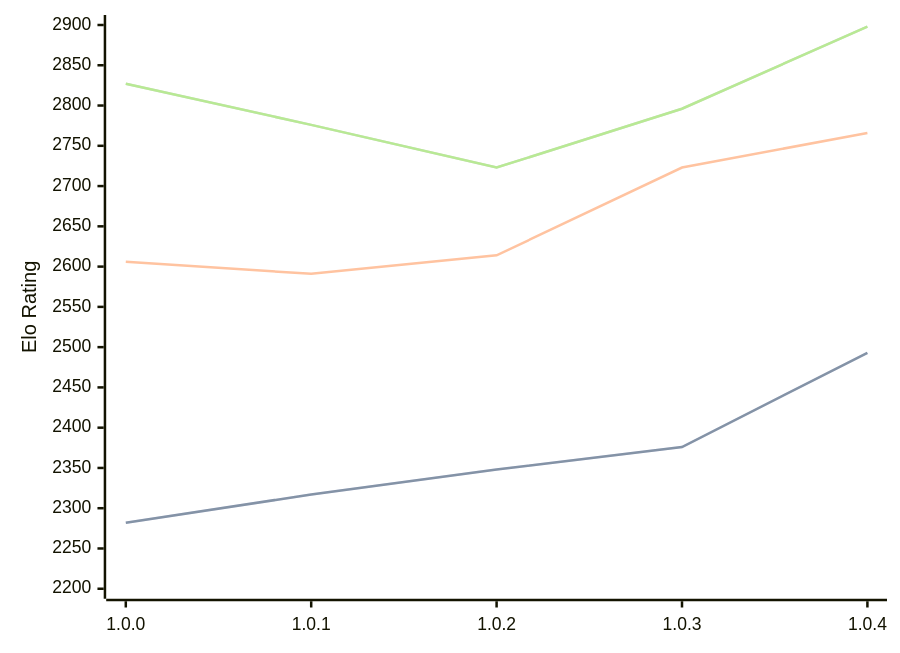
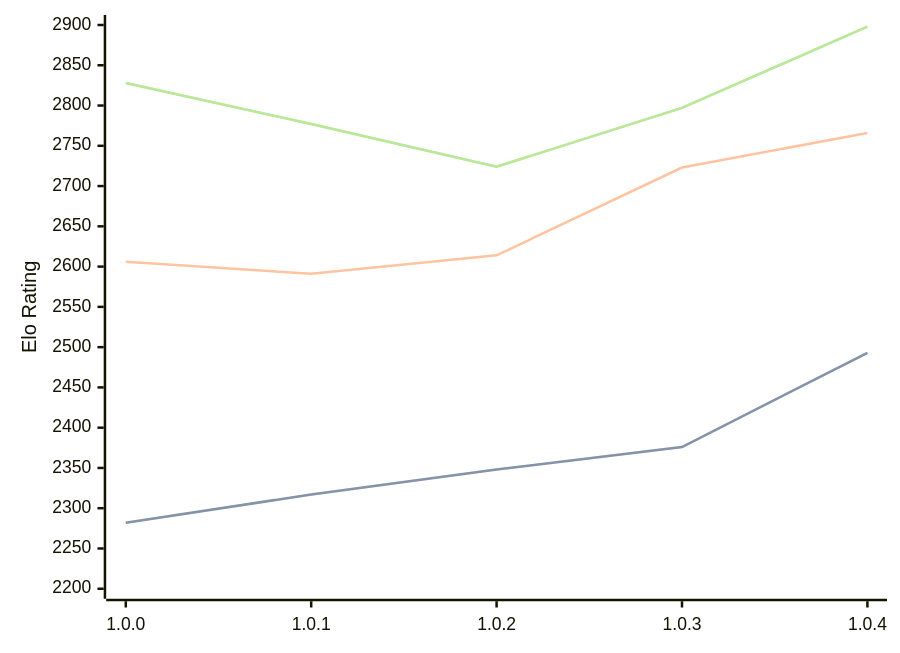
The diagram in engines/Grail.md (computer-chess-index/cci), drawn with Mermaid before and after one commit. The commit also changed other lines of this file, not shown here.

Commit message:
Update CCI Ratings (ELO VLTC) - 2026-02-15

````diff
--- a/engines/Grail.md
+++ b/engines/Grail.md
@@ -32,11 +32,11 @@
 ```mermaid
 %%{init: {"theme":"base","themeVariables":{"seriesColors:['#a3a3a3','#222221','#faa371']}}}%%
 xychart-beta
   x-axis ["1.0.0", "1.0.1", "1.0.2", "1.0.3", "1.0.4"]
   y-axis "Elo Rating" 2200 --> 2900
   line "STC (8.0+0.08s)" [2282, 2317, 2348, 2376, 2493]
   line "STC (8.0+0.08s)" [2282, 2317, 2348, 2376, 2493]
   line "LTC (60.0+0.60s)" [2606, 2591, 2614, 2723, 2766]
-  line "VLTC (2m24s+1.12s)" [2827, 2776, 2723, 2796, 2898]
-  line "VLTC (2m24s+1.12s)" [2827, 2776, 2723, 2796, 2898]
+  line "VLTC (2m24s+1.12s)" [2828, 2777, 2724, 2797, 2898]
+  line "VLTC (2m24s+1.12s)" [2828, 2777, 2724, 2797, 2898]
 ```
````
